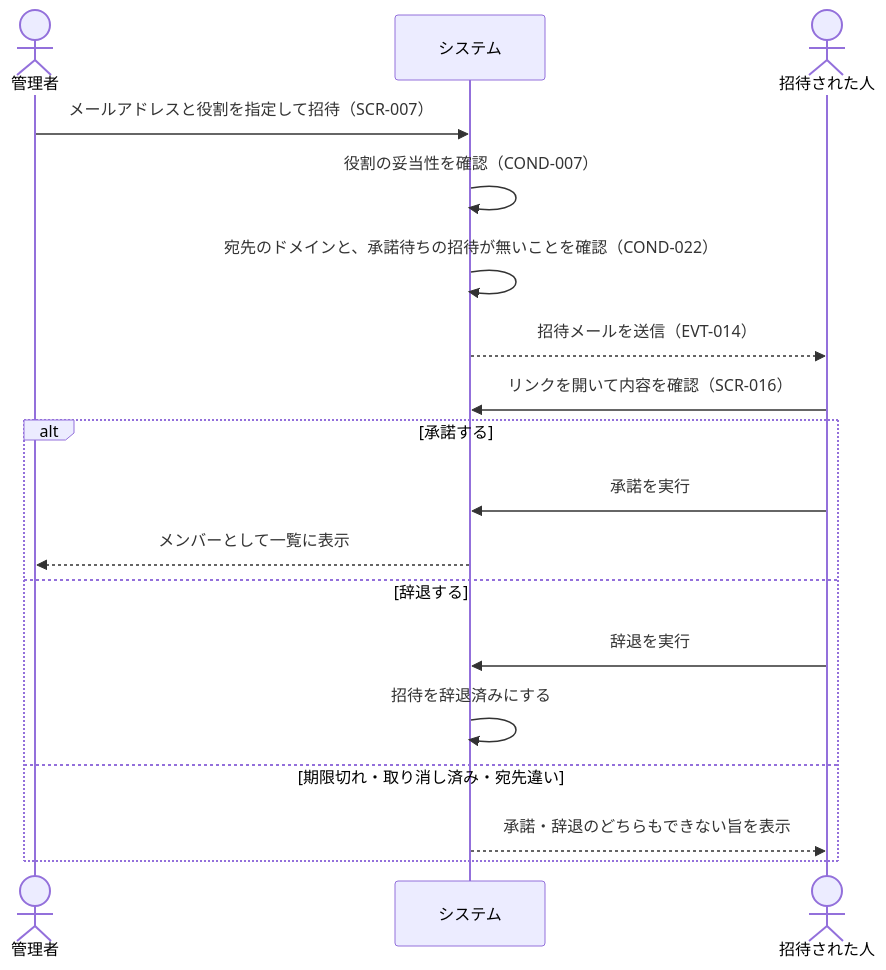
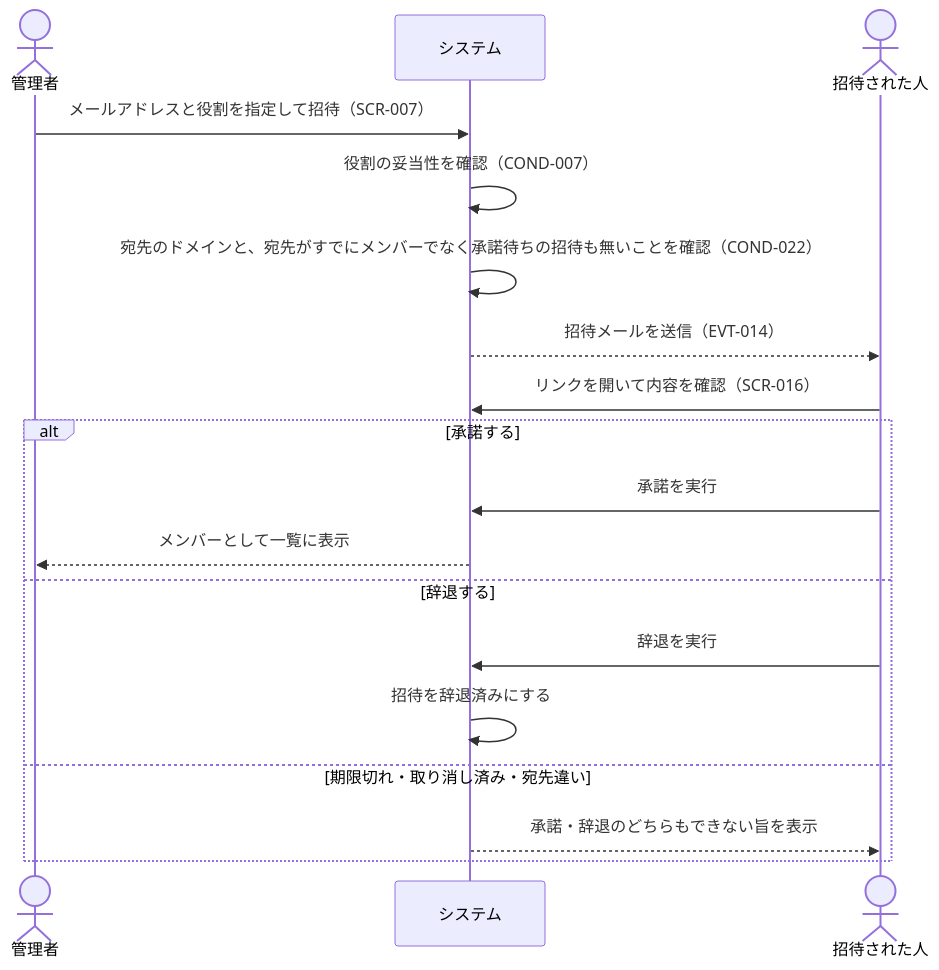
One commit to gdsc-osaka/iclub-reserve changed the third of 4 diagrams in rdra/contexts/group-management.md. Above: the diagram before and after it, drawn with Mermaid. The commit also changed other lines of this file and 22 other files, not shown here.

````diff
--- a/rdra/contexts/group-management.md
+++ b/rdra/contexts/group-management.md
@@ -272,21 +273,21 @@
 ```mermaid
 sequenceDiagram
     actor 管理者
     participant システム
     actor 招待された人
 
     管理者->>システム: メールアドレスと役割を指定して招待（SCR-007）
     システム->>システム: 役割の妥当性を確認（COND-007）
-    システム->>システム: 宛先のドメインと、承諾待ちの招待が無いことを確認（COND-022）
+    システム->>システム: 宛先のドメインと、宛先がすでにメンバーでなく承諾待ちの招待も無いことを確認（COND-022）
     システム-->>招待された人: 招待メールを送信（EVT-014）
     招待された人->>システム: リンクを開いて内容を確認（SCR-016）
     alt 承諾する
         招待された人->>システム: 承諾を実行
         システム-->>管理者: メンバーとして一覧に表示
     else 辞退する
         招待された人->>システム: 辞退を実行
         システム->>システム: 招待を辞退済みにする
     else 期限切れ・取り消し済み・宛先違い
         システム-->>招待された人: 承諾・辞退のどちらもできない旨を表示
     end
 ```
````
